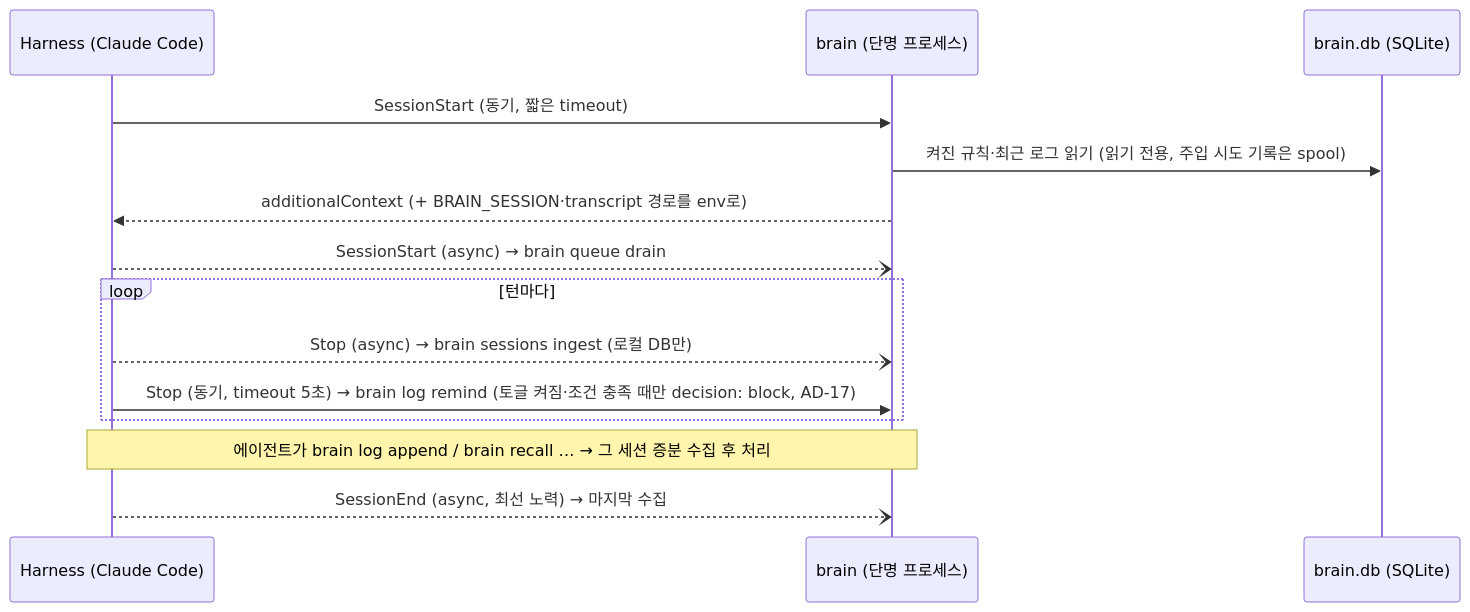
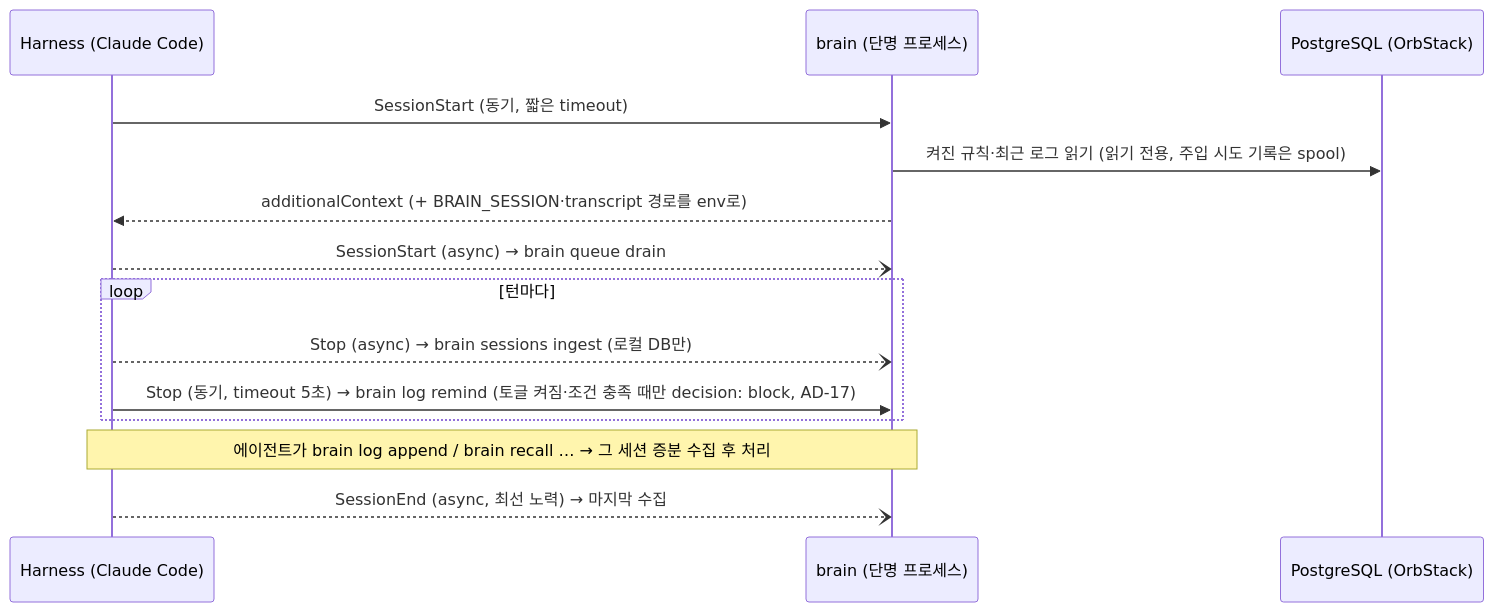
Before and after one commit to gmae199boy/second-brain: the second of 4 diagrams in _bmad-output/personal-brain/architecture-brain-v1-slice-1/architecture-brain-v1-slice-1.md, drawn with Mermaid. The commit also changed other lines of this file and 8 other files, not shown here.

First line of the commit message:
docs: update the architecture spine for the single PostgreSQL store and extensions

````diff
--- a/_bmad-output/personal-brain/architecture-brain-v1-slice-1/architecture-brain-v1-slice-1.md
+++ b/_bmad-output/personal-brain/architecture-brain-v1-slice-1/architecture-brain-v1-slice-1.md
@@ -141,16 +148,16 @@
 ```mermaid
 sequenceDiagram
   participant H as Harness (Claude Code)
   participant B as brain (단명 프로세스)
-  participant DB as brain.db (SQLite)
+  participant DB as PostgreSQL (OrbStack)
   H->>B: SessionStart (동기, 짧은 timeout)
   B->>DB: 켜진 규칙·최근 로그 읽기 (읽기 전용, 주입 시도 기록은 spool)
   B-->>H: additionalContext (+ BRAIN_SESSION·transcript 경로를 env로)
   H--)B: SessionStart (async) → brain queue drain
   loop 턴마다
     H--)B: Stop (async) → brain sessions ingest (로컬 DB만)
     H->>B: Stop (동기, timeout 5초) → brain log remind (토글 켜짐·조건 충족 때만 decision: block, AD-17)
   end
   Note over H,B: 에이전트가 brain log append / brain recall … → 그 세션 증분 수집 후 처리
   H--)B: SessionEnd (async, 최선 노력) → 마지막 수집
 ```
````
